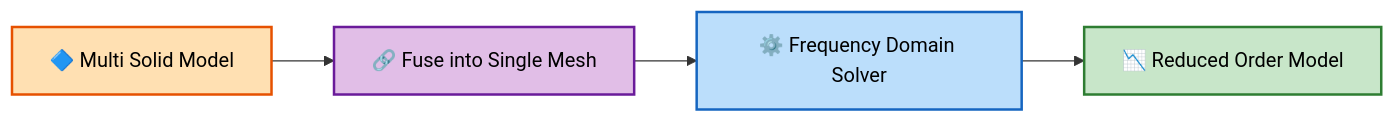
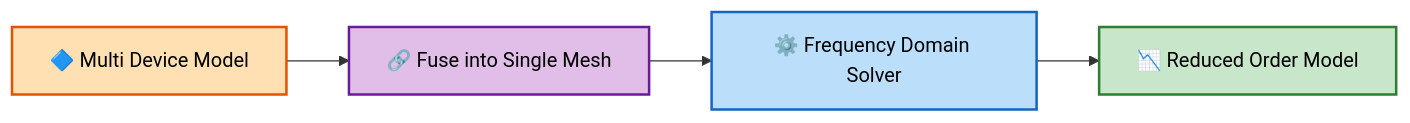
Before and after one commit to Dark-Elektron/cavsim3d: the second of 6 diagrams in docs/architecture.md, drawn with Mermaid. The commit also changed other lines of this file and 11 other files, not shown here.

````diff
--- a/docs/architecture.md
+++ b/docs/architecture.md
@@ -21,8 +21,8 @@
 ```mermaid
 graph LR
-    A2["🔷 Multi Solid Model"]:::input --> B2["🔗 Fuse into Single Mesh"]:::fuse --> C2["⚙️ Frequency Domain Solver"]:::process --> D2["📉 Reduced Order Model"]:::output
+    A2["🔷 Multi Device Model"]:::input --> B2["🔗 Fuse into Single Mesh"]:::fuse --> C2["⚙️ Frequency Domain Solver"]:::process --> D2["📉 Reduced Order Model"]:::output
     classDef input fill:#ffe0b2,stroke:#e65100,stroke-width:2px,color:#000
     classDef fuse fill:#e1bee7,stroke:#6a1b9a,stroke-width:2px,color:#000
     classDef process fill:#bbdefb,stroke:#1565c0,stroke-width:2px,color:#000
     classDef output fill:#c8e6c9,stroke:#2e7d32,stroke-width:2px,color:#000
 ```
````
